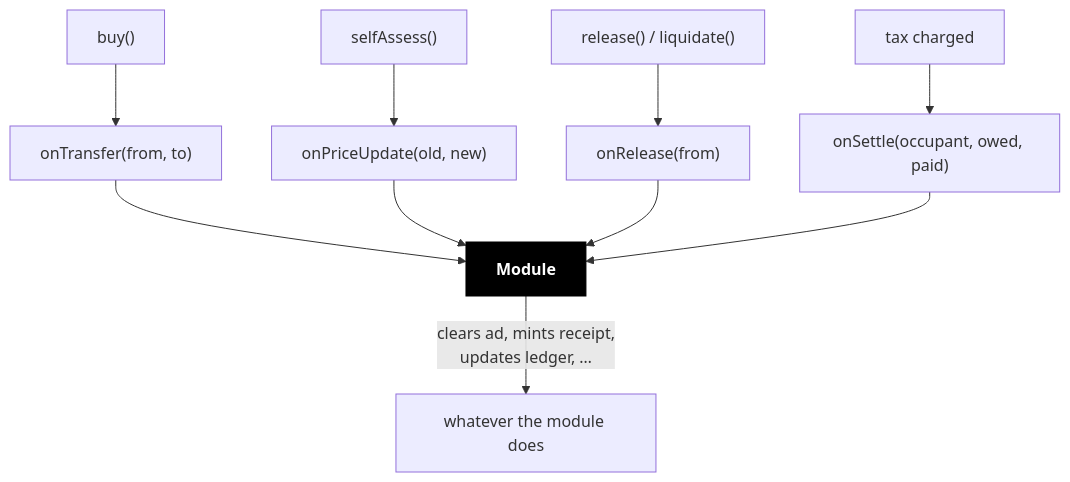
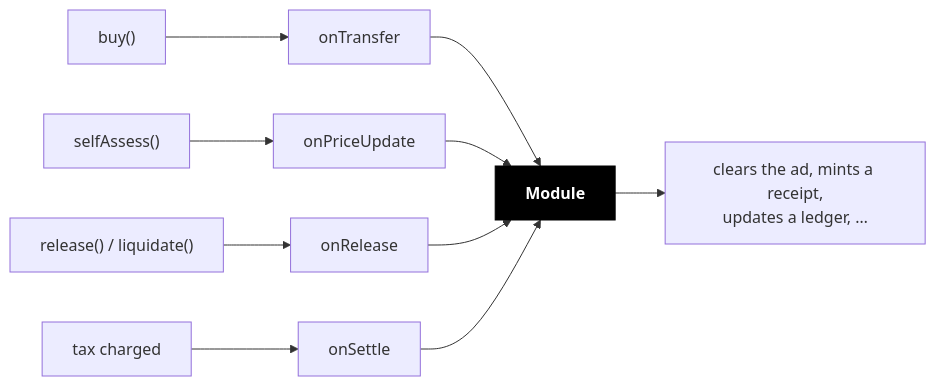
The diagram in apps/docs/docs/pages/concepts/modules.mdx (adcommune/0xSlots), drawn with Mermaid before and after one commit. The commit also changed other lines of this file and 4 other files, not shown here.

````diff
--- a/apps/docs/docs/pages/concepts/modules.mdx
+++ b/apps/docs/docs/pages/concepts/modules.mdx
@@ -20,17 +37,17 @@
 ```mermaid
-flowchart TD
-    Buy["buy()"] --> T["onTransfer(from, to)"]
-    Assess["selfAssess()"] --> P["onPriceUpdate(old, new)"]
-    Rel["release() / liquidate()"] --> R["onRelease(from)"]
-    Tax["tax charged"] --> S["onSettle(occupant, owed, paid)"]
+flowchart LR
+    Buy["buy()"] --> T["onTransfer"]
+    Assess["selfAssess()"] --> P["onPriceUpdate"]
+    Rel["release() / liquidate()"] --> R["onRelease"]
+    Tax["tax charged"] --> S["onSettle"]
 
     T --> M["<b>Module</b>"]
     P --> M
     R --> M
     S --> M
 
-    M -->|"clears ad, mints receipt,<br/>updates ledger, …"| Effect["whatever the module does"]
+    M --> Effect["clears the ad, mints a receipt,<br/>updates a ledger, …"]
 
     classDef core fill:#000,stroke:#000,color:#fff
     class M core
 ```
````
